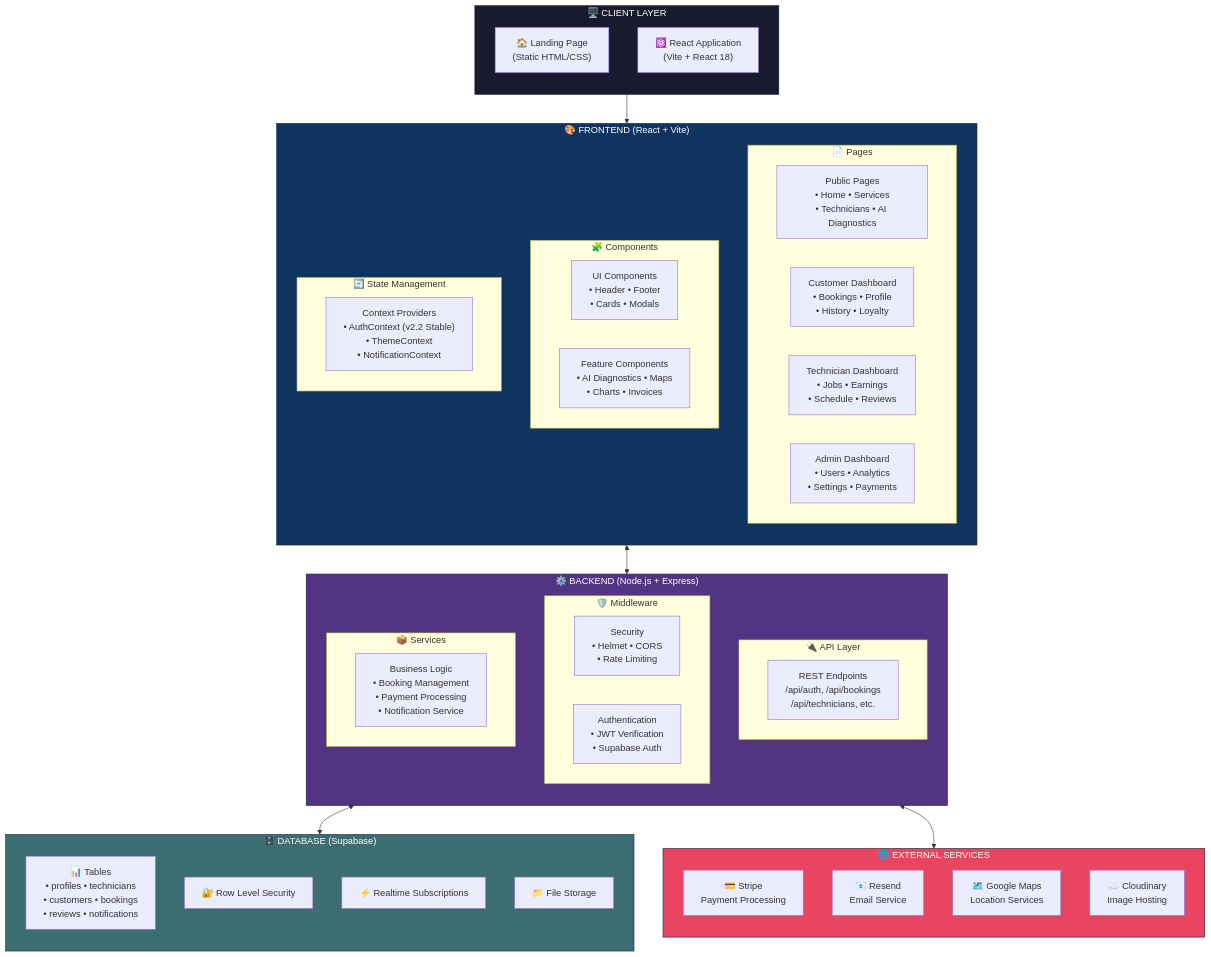
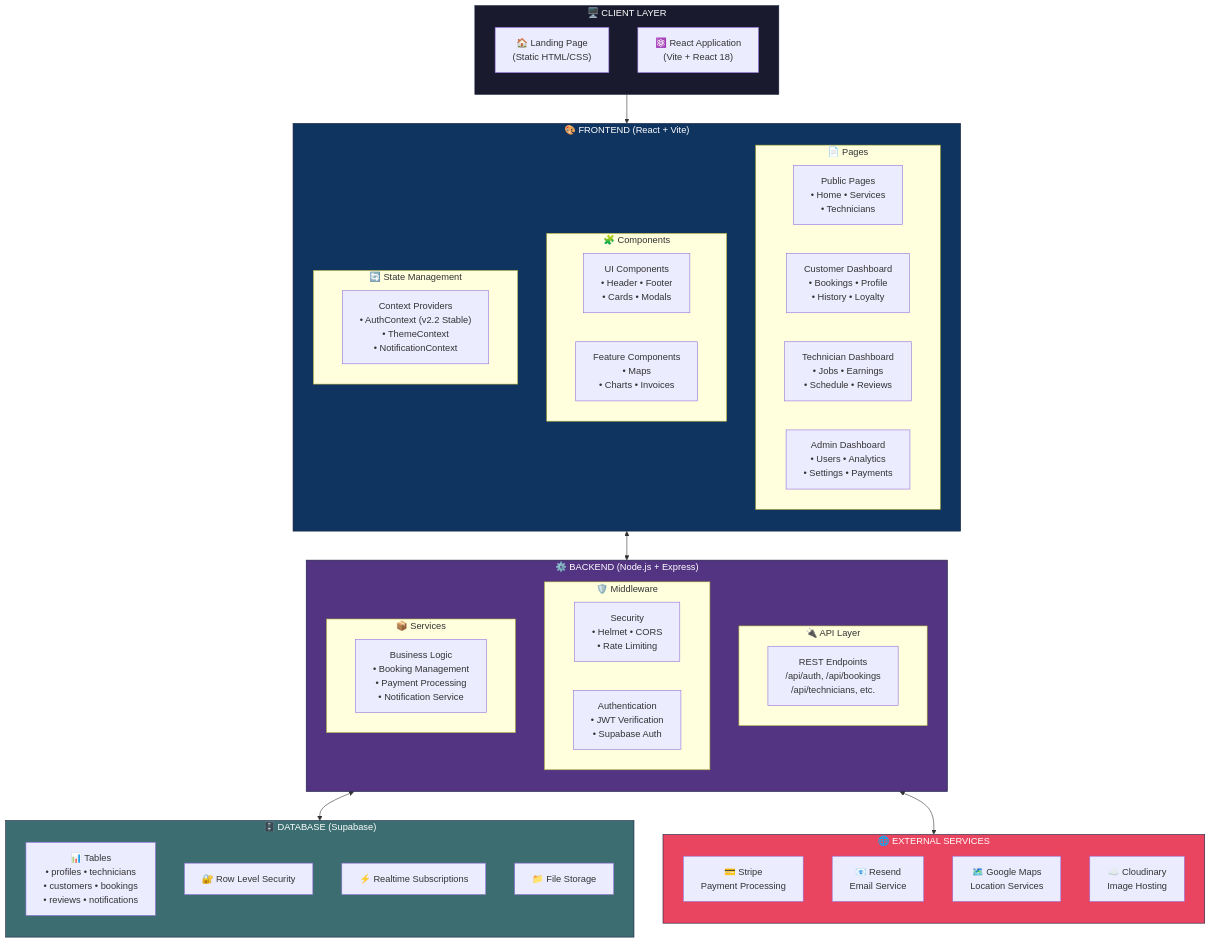
One commit to Irchika774/Tech-Care_official changed the first of 14 diagrams in README.md. Above: the diagram before and after it, drawn with Mermaid. The commit also changed other lines of this file and 2 other files, not shown here.

Commit message:
Migration: Add availability to technicians table

````diff
--- a/README.md
+++ b/README.md
@@ -47,66 +56,66 @@
 ```mermaid
 flowchart TB
     subgraph Client["🖥️ CLIENT LAYER"]
         direction TB
         LP["🏠 Landing Page<br/>(Static HTML/CSS)"]
         RA["⚛️ React Application<br/>(Vite + React 18)"]
     end
 
     subgraph Frontend["🎨 FRONTEND (React + Vite)"]
         direction TB
         subgraph Pages["📄 Pages"]
-            PUB["Public Pages<br/>• Home • Services<br/>• Technicians • AI Diagnostics"]
+            PUB["Public Pages<br/>• Home • Services<br/>• Technicians"]
             CUST["Customer Dashboard<br/>• Bookings • Profile<br/>• History • Loyalty"]
             TECH["Technician Dashboard<br/>• Jobs • Earnings<br/>• Schedule • Reviews"]
             ADM["Admin Dashboard<br/>• Users • Analytics<br/>• Settings • Payments"]
         end
         subgraph Components["🧩 Components"]
             UI["UI Components<br/>• Header • Footer<br/>• Cards • Modals"]
-            FEAT["Feature Components<br/>• AI Diagnostics • Maps<br/>• Charts • Invoices"]
+            FEAT["Feature Components<br/>• Maps<br/>• Charts • Invoices"]
         end
         subgraph State["🔄 State Management"]
             CTX["Context Providers<br/>• AuthContext (v2.2 Stable)<br/>• ThemeContext<br/>• NotificationContext"]
         end
     end
 
     subgraph Backend["⚙️ BACKEND (Node.js + Express)"]
         direction TB
         subgraph API["🔌 API Layer"]
             REST["REST Endpoints<br/>/api/auth, /api/bookings<br/>/api/technicians, etc."]
         end
         subgraph MW["🛡️ Middleware"]
             SEC["Security<br/>• Helmet • CORS<br/>• Rate Limiting"]
             AUTH["Authentication<br/>• JWT Verification<br/>• Supabase Auth"]
         end
         subgraph Services["📦 Services"]
             BIZ["Business Logic<br/>• Booking Management<br/>• Payment Processing<br/>• Notification Service"]
         end
     end
 
     subgraph Database["🗄️ DATABASE (Supabase)"]
         direction TB
         TABLES["📊 Tables<br/>• profiles • technicians<br/>• customers • bookings<br/>• reviews • notifications"]
         RLS["🔐 Row Level Security"]
         REALTIME["⚡ Realtime Subscriptions"]
         STORAGE["📁 File Storage"]
     end
 
     subgraph External["🌐 EXTERNAL SERVICES"]
         direction TB
         STRIPE["💳 Stripe<br/>Payment Processing"]
         RESEND["📧 Resend<br/>Email Service"]
         GMAPS["🗺️ Google Maps<br/>Location Services"]
         CLOUD["☁️ Cloudinary<br/>Image Hosting"]
     end
 
     Client --> Frontend
     Frontend <--> Backend
     Backend <--> Database
     Backend <--> External
 
     style Client fill:#1a1a2e,stroke:#16213e,color:#fff
     style Frontend fill:#0f3460,stroke:#16213e,color:#fff
     style Backend fill:#533483,stroke:#16213e,color:#fff
     style Database fill:#3c6e71,stroke:#16213e,color:#fff
     style External fill:#e94560,stroke:#16213e,color:#fff
 ```
````
